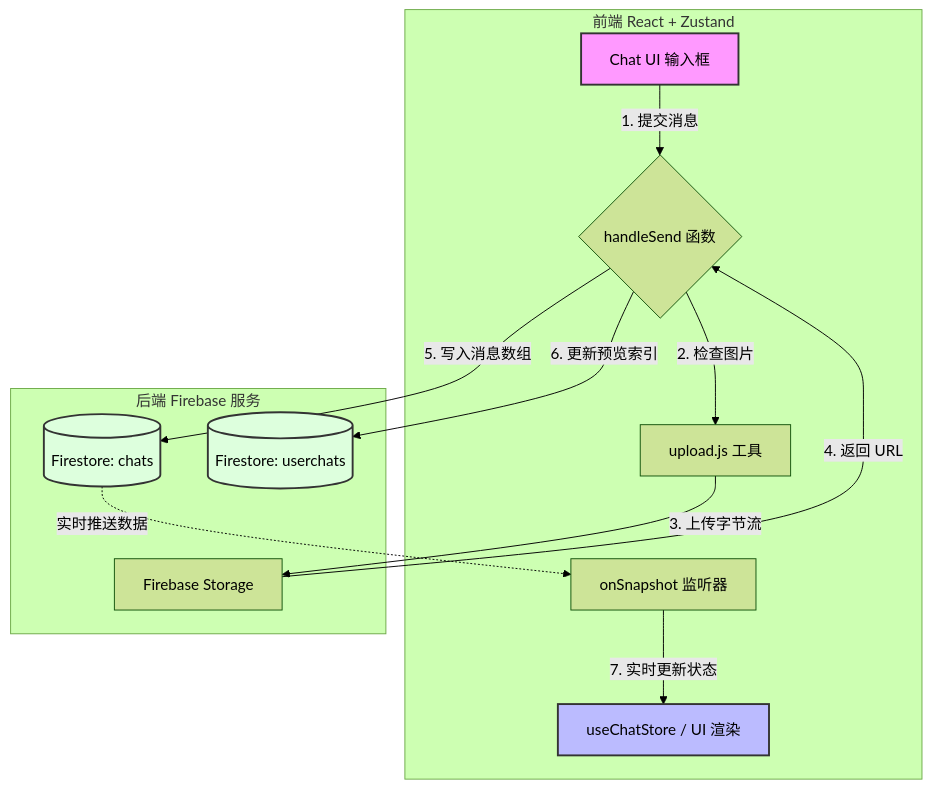
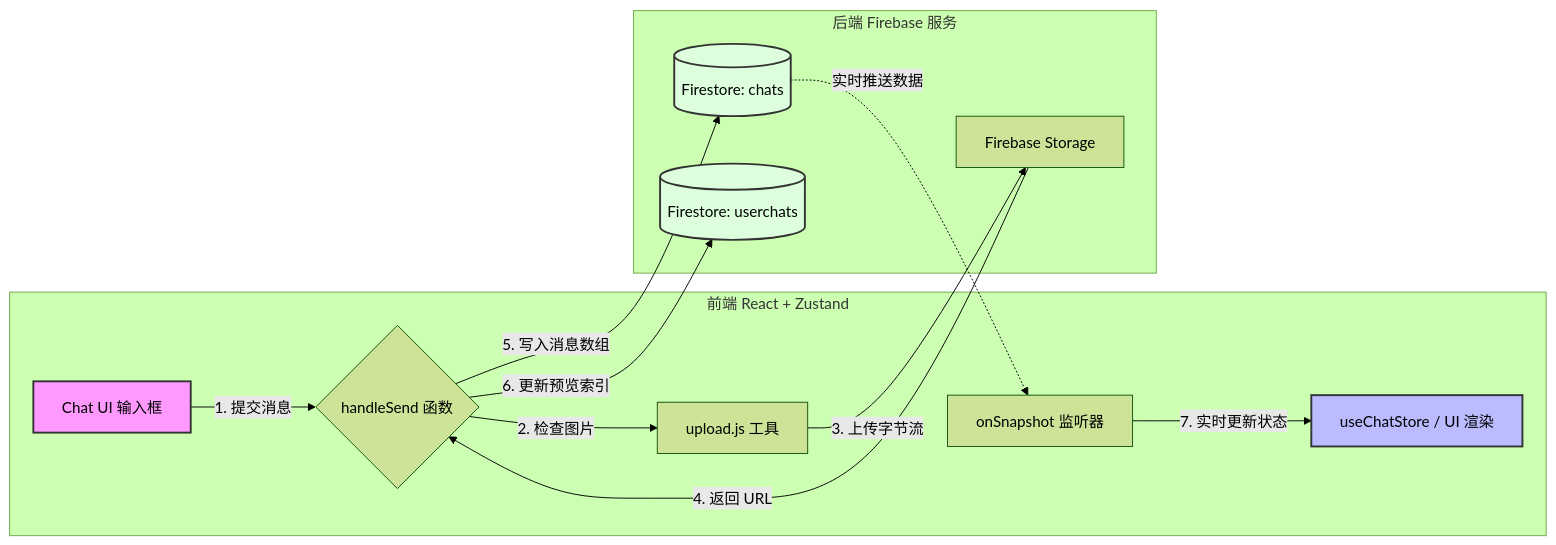
Before and after one commit to H-1234-S/Note: the diagram in 未命名.md, drawn with Mermaid (forest theme). The commit also changed 1 other file, not shown here.

Commit message:
vault backup: 2026-02-28 18:55:27

````diff
--- a/未命名.md
+++ b/未命名.md
@@ -1,21 +1,21 @@
 ``` mermaid
-graph TD
+graph LR
     subgraph Client_Side [前端 React + Zustand]
         A[Chat UI 输入框] -->|1. 提交消息| B{handleSend 函数}
         B -->|2. 检查图片| C[upload.js 工具]
         F[onSnapshot 监听器] -->|7. 实时更新状态| G[useChatStore / UI 渲染]
     end
 
     subgraph Firebase_Services [后端 Firebase 服务]
         C -->|3. 上传字节流| D[Firebase Storage]
         D -->|4. 返回 URL| B
         B -->|5. 写入消息数组| E[(Firestore: chats)]
         B -->|6. 更新预览索引| H[(Firestore: userchats)]
         E -.->|实时推送数据| F
     end
 
     style A fill:#f9f,stroke:#333,stroke-width:2px
     style G fill:#bbf,stroke:#333,stroke-width:2px
     style E fill:#dfd,stroke:#333,stroke-width:2px
     style H fill:#dfd,stroke:#333,stroke-width:2px
 ```
````
